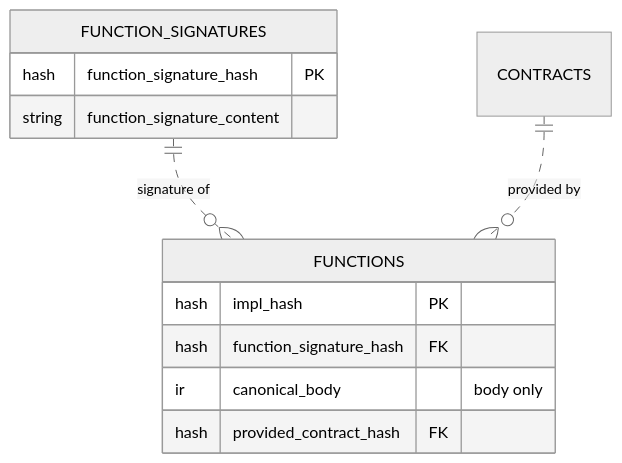
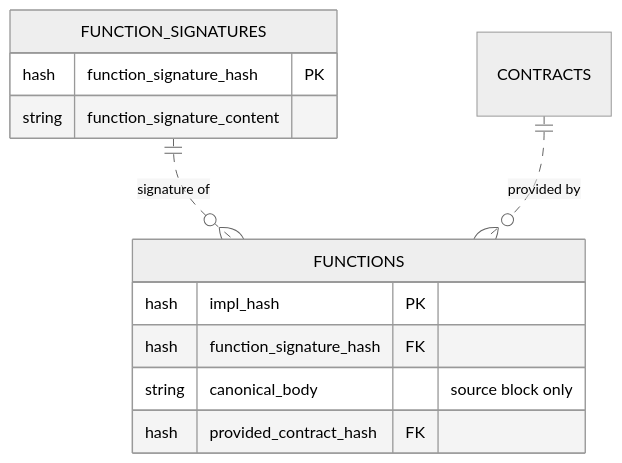
Before and after one commit to aivibeflow/LLMLang: the diagram in draft/adr/033-function-signature-storage.md, drawn with Mermaid (neutral theme). The commit also changed other lines of this file and 157 other files, not shown here.

Commit message:
Store canonical function bodies as source strings (#723)

````diff
--- a/draft/adr/033-function-signature-storage.md
+++ b/draft/adr/033-function-signature-storage.md
@@ -37,15 +37,15 @@
 ```mermaid
 erDiagram
     FUNCTION_SIGNATURES {
         hash function_signature_hash PK
         string function_signature_content
     }
     FUNCTIONS {
         hash impl_hash PK
         hash function_signature_hash FK
-        ir canonical_body "body only"
+        string canonical_body "source block only"
         hash provided_contract_hash FK
     }
     FUNCTION_SIGNATURES ||..o{ FUNCTIONS : "signature of"
     CONTRACTS ||..o{ FUNCTIONS : "provided by"
 ```
````
